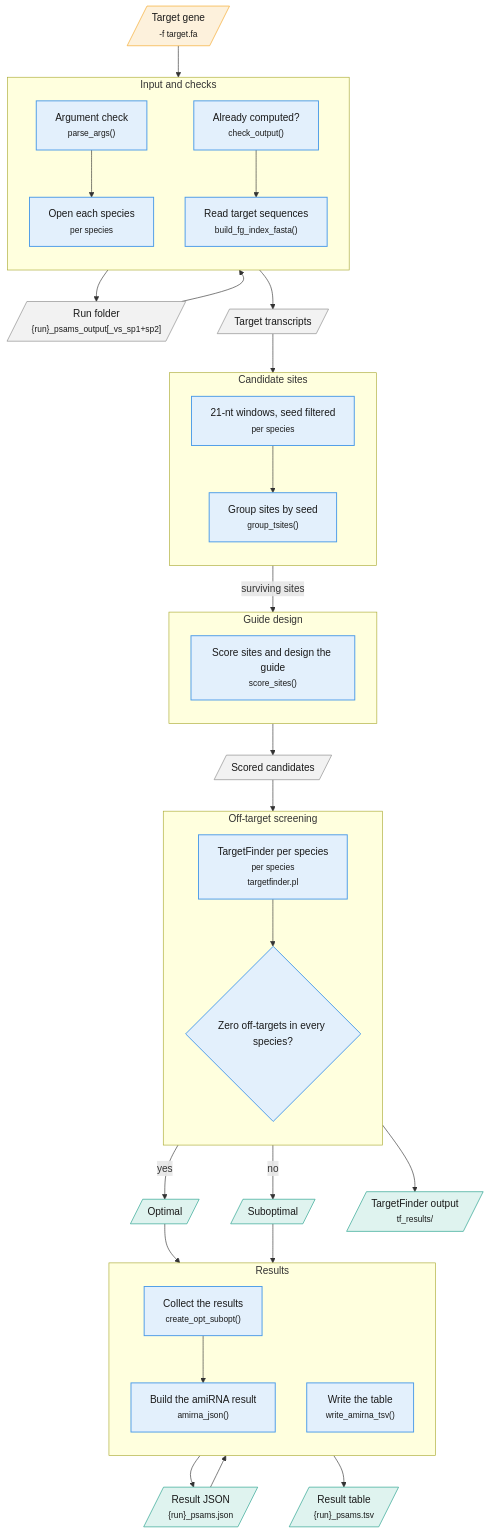
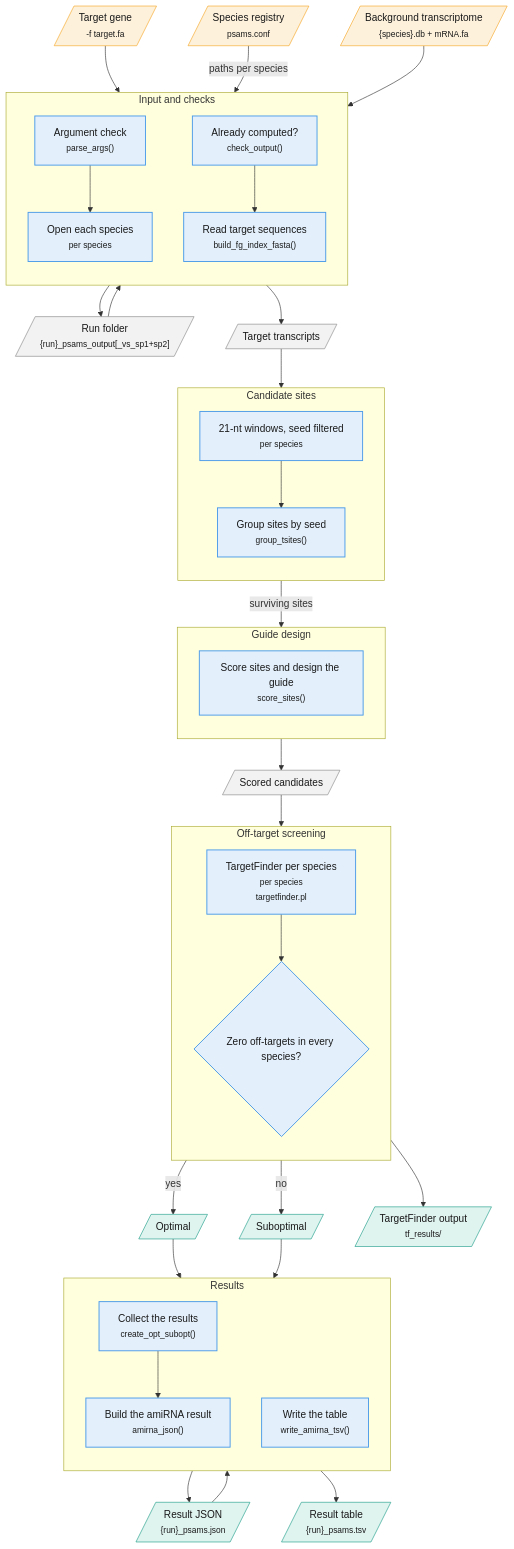
One commit to inigodemartin/P-SAMS_py changed the diagram in docs/flowchart_psams.mmd. Above: the diagram before and after it, drawn with Mermaid. The commit also changed 2 other files, not shown here.

Commit message:
Show every input in the fluxuVIZ flowchart
Add psams.conf, the per-species background transcriptome (k-mer SQLite
database plus transcript FASTA, drawn as a band per species) and the
interactively chosen cloning vector as input nodes of the diagram.

```diff
--- a/docs/flowchart_psams.mmd
+++ b/docs/flowchart_psams.mmd
@@ -1,66 +1,70 @@
 flowchart TD
     subgraph m1["Input and checks"]
         direction TB
         parse_args["Argument check<br/><small>parse_args()</small>"]
         connect_backgrounds["Open each species<br/><small>per species</small>"]
         check_output["Already computed?<br/><small>check_output()</small>"]
         build_fg_index_fasta["Read target sequences<br/><small>build_fg_index_fasta()</small>"]
     end
     subgraph m2["Candidate sites"]
         direction TB
         get_tsites_bg["21-nt windows, seed filtered<br/><small>per species</small>"]
         group_tsites["Group sites by seed<br/><small>group_tsites()</small>"]
     end
     subgraph m3["Guide design"]
         direction TB
         score_sites["Score sites and design the guide<br/><small>score_sites()</small>"]
     end
     subgraph m4["Off-target screening"]
         direction TB
         serial_jobs["TargetFinder per species<br/><small>per species</small><br/><small>targetfinder.pl</small>"]
         dec_clean{"Zero off-targets in every species?"}
     end
     subgraph m5["Results"]
         direction TB
         create_opt_subopt["Collect the results<br/><small>create_opt_subopt()</small>"]
         amirna_json["Build the amiRNA result<br/><small>amirna_json()</small>"]
         write_amirna_tsv["Write the table<br/><small>write_amirna_tsv()</small>"]
     end
     d_target[/"Target gene<br/><small>-f target.fa</small>"/]
+    d_config[/"Species registry<br/><small>psams.conf</small>"/]
+    d_background[/"Background transcriptome<br/><small>{species}.db + mRNA.fa</small>"/]
     d_run_folder[/"Run folder<br/><small>{run}_psams_output#91;_vs_sp1+sp2#93;</small>"/]
     d_transcripts[/"Target transcripts"/]
     d_candidates[/"Scored candidates"/]
     d_opt[/"Optimal"/]
     d_subopt[/"Suboptimal"/]
     d_tf[/"TargetFinder output<br/><small>tf_results/</small>"/]
     d_json[/"Result JSON<br/><small>{run}_psams.json</small>"/]
     d_tsv[/"Result table<br/><small>{run}_psams.tsv</small>"/]
     d_target --> parse_args
     parse_args --> connect_backgrounds
     connect_backgrounds --> d_run_folder
     d_run_folder --> check_output
     check_output --> build_fg_index_fasta
     build_fg_index_fasta --> d_transcripts
     d_transcripts --> get_tsites_bg
     get_tsites_bg --> group_tsites
     group_tsites -->|"surviving sites"| score_sites
     score_sites --> d_candidates
     d_candidates --> serial_jobs
     serial_jobs --> dec_clean
     serial_jobs --> d_tf
     dec_clean -->|"yes"| d_opt
     dec_clean -->|"no"| d_subopt
     d_opt --> create_opt_subopt
     d_subopt --> create_opt_subopt
     create_opt_subopt --> amirna_json
     amirna_json --> d_json
     d_json --> write_amirna_tsv
     write_amirna_tsv --> d_tsv
+    d_config -->|"paths per species"| connect_backgrounds
+    d_background --> connect_backgrounds
     classDef fn fill:#E3F0FC,stroke:#4C9BE8,stroke-width:1.5px,color:#1a1a1a;
     classDef input fill:#FDF1DC,stroke:#F5A623,color:#1a1a1a;
     classDef inter fill:#F2F2F2,stroke:#888888,color:#1a1a1a;
     classDef result fill:#DFF3EF,stroke:#1F9E89,color:#1a1a1a;
     class parse_args,connect_backgrounds,check_output,build_fg_index_fasta,get_tsites_bg,group_tsites,score_sites,serial_jobs,dec_clean,create_opt_subopt,amirna_json,write_amirna_tsv fn;
-    class d_target input;
+    class d_target,d_config,d_background input;
     class d_run_folder,d_transcripts,d_candidates inter;
     class d_opt,d_subopt,d_tf,d_json,d_tsv result;
```
